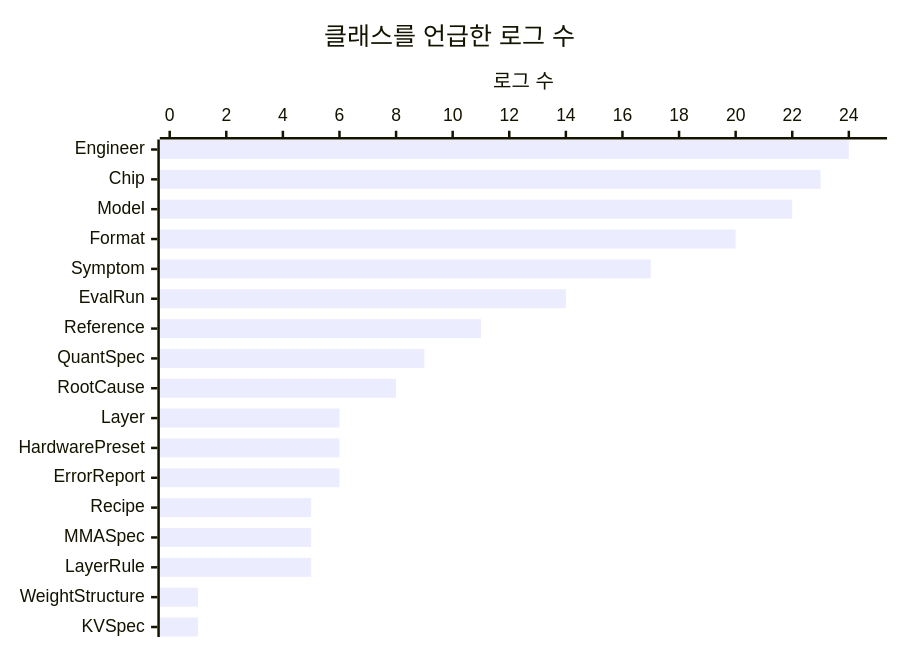
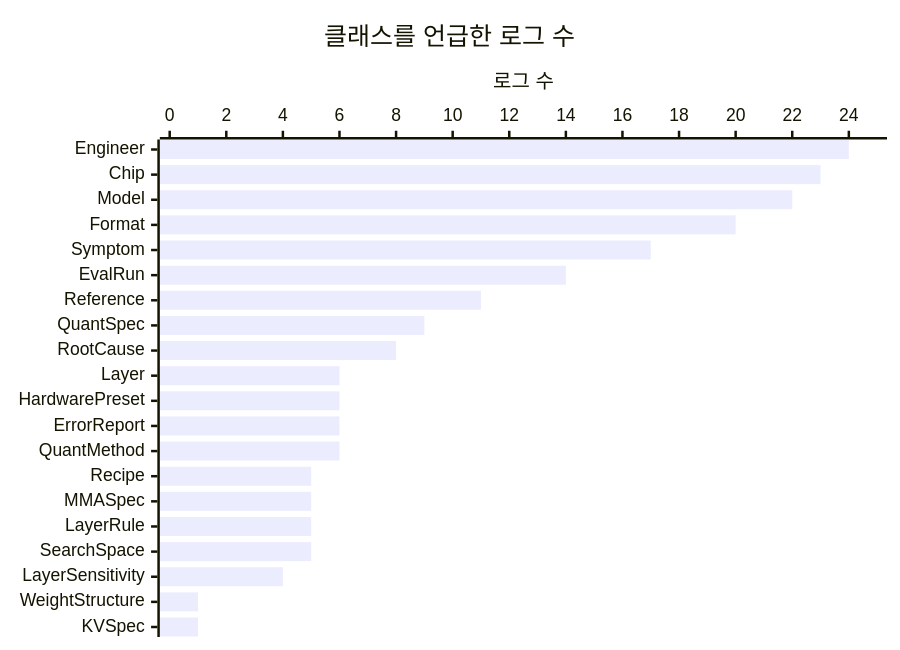
Before and after one commit to Youngmin17/TriCast: the fourth of 7 diagrams in docs/ontology.md, drawn with Mermaid. The commit also changed other lines of this file and 7 other files, not shown here.

````diff
--- a/docs/ontology.md
+++ b/docs/ontology.md
@@ -234,7 +276,7 @@
 ```mermaid
 xychart-beta horizontal
     title "클래스를 언급한 로그 수"
-    x-axis ["Engineer", "Chip", "Model", "Format", "Symptom", "EvalRun", "Reference", "QuantSpec", "RootCause", "Layer", "HardwarePreset", "ErrorReport", "Recipe", "MMASpec", "LayerRule", "WeightStructure", "KVSpec"]
+    x-axis ["Engineer", "Chip", "Model", "Format", "Symptom", "EvalRun", "Reference", "QuantSpec", "RootCause", "Layer", "HardwarePreset", "ErrorReport", "QuantMethod", "Recipe", "MMASpec", "LayerRule", "SearchSpace", "LayerSensitivity", "WeightStructure", "KVSpec"]
     y-axis "로그 수" 0 --> 25
-    bar [24, 23, 22, 20, 17, 14, 11, 9, 8, 6, 6, 6, 5, 5, 5, 1, 1]
+    bar [24, 23, 22, 20, 17, 14, 11, 9, 8, 6, 6, 6, 6, 5, 5, 5, 5, 4, 1, 1]
 ```
````
